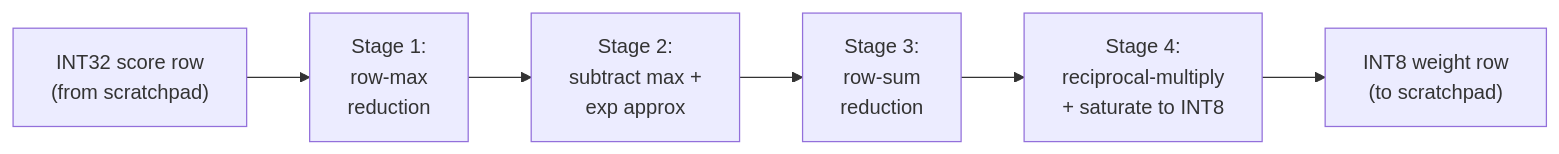
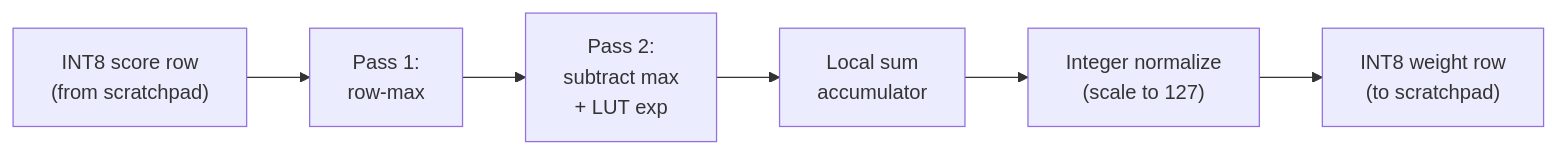
Before and after one commit to WickedStereo/open-transformer-130: the diagram in docs/progress/microarchitecture/vector-softmax.md, drawn with Mermaid. The commit also changed other lines of this file and 56 other files, not shown here.

First line of the commit message:
De-risk the integrated core and rebaseline the roadmap.

````diff
--- a/docs/progress/microarchitecture/vector-softmax.md
+++ b/docs/progress/microarchitecture/vector-softmax.md
@@ -17,8 +13,8 @@
 ```mermaid
 flowchart LR
-  Scores["INT32 score row\n(from scratchpad)"] --> RowMax["Stage 1:\nrow-max\nreduction"]
-  RowMax --> SubExp["Stage 2:\nsubtract max +\nexp approx"]
-  SubExp --> RowSum["Stage 3:\nrow-sum\nreduction"]
-  RowSum --> Norm["Stage 4:\nreciprocal-multiply\n+ saturate to INT8"]
+  Scores["INT8 score row\n(from scratchpad)"] --> RowMax["Pass 1:\nrow-max"]
+  RowMax --> SubExp["Pass 2:\nsubtract max\n+ LUT exp"]
+  SubExp --> RowSum["Local sum\naccumulator"]
+  RowSum --> Norm["Integer normalize\n(scale to 127)"]
   Norm --> Out["INT8 weight row\n(to scratchpad)"]
 ```
````
